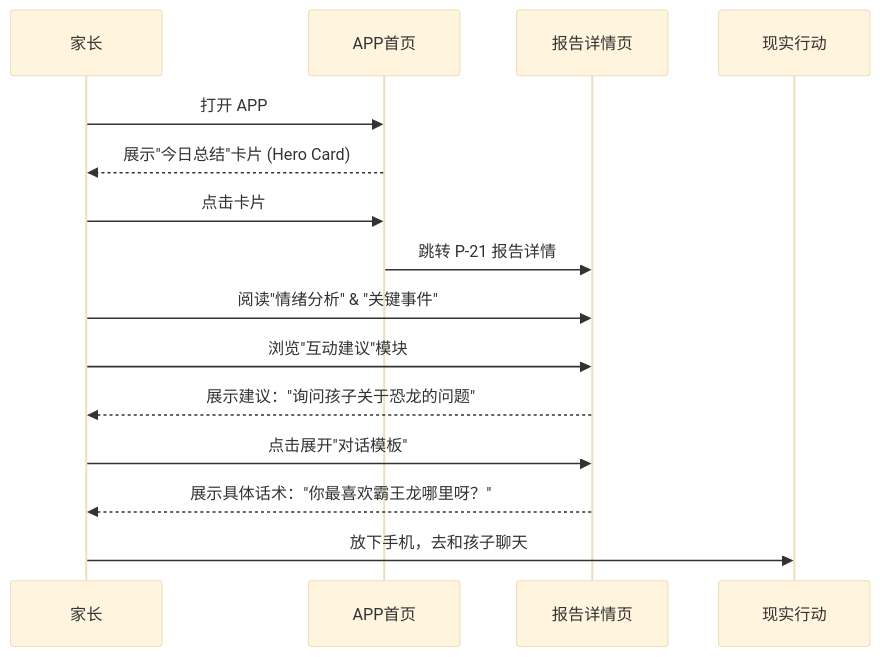
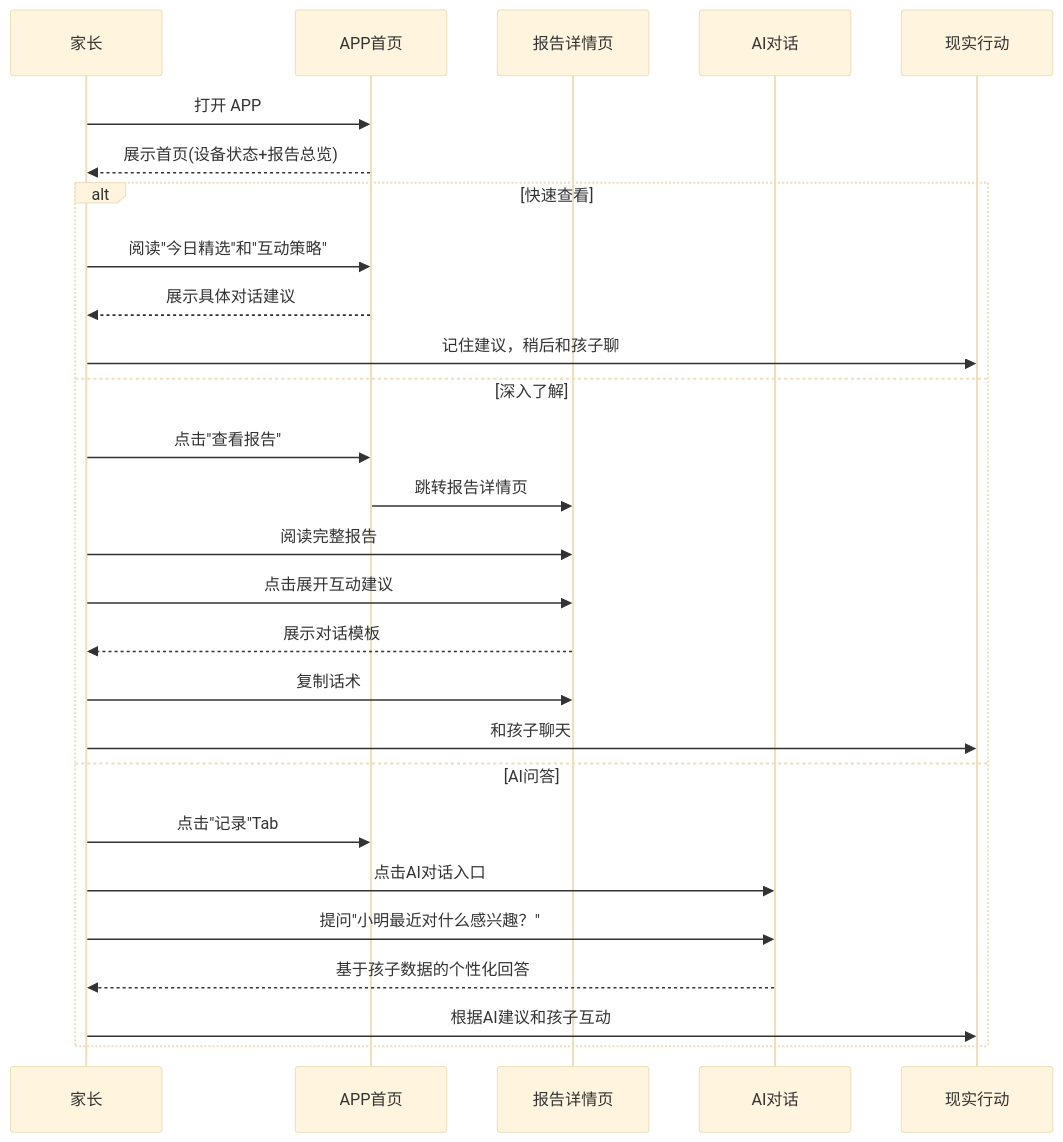
One commit to YZxyzz/Little-star changed the fifth of 6 diagrams in docs/07-app-design/03-information-architecture.md. Above: the diagram before and after it, drawn with Mermaid (base theme). The commit also changed other lines of this file and 37 other files, not shown here.

````diff
--- a/docs/07-app-design/03-information-architecture.md
+++ b/docs/07-app-design/03-information-architecture.md
@@ -193,18 +523,31 @@
 ```mermaid
 sequenceDiagram
     participant User as 家长
     participant App as APP首页
     participant Detail as 报告详情页
+    participant AI as AI对话
     participant Action as 现实行动
 
     User->>App: 打开 APP
-    App-->>User: 展示"今日总结"卡片 (Hero Card)
-    User->>App: 点击卡片
-    App->>Detail: 跳转 P-21 报告详情
-    User->>Detail: 阅读"情绪分析" & "关键事件"
-    User->>Detail: 浏览"互动建议"模块
-    Detail-->>User: 展示建议："询问孩子关于恐龙的问题"
-    User->>Detail: 点击展开"对话模板"
-    Detail-->>User: 展示具体话术："你最喜欢霸王龙哪里呀？"
-    User->>Action: 放下手机，去和孩子聊天
+    App-->>User: 展示首页(设备状态+报告总览)
+    
+    alt 快速查看
+        User->>App: 阅读"今日精选"和"互动策略"
+        App-->>User: 展示具体对话建议
+        User->>Action: 记住建议，稍后和孩子聊
+    else 深入了解
+        User->>App: 点击"查看报告"
+        App->>Detail: 跳转报告详情页
+        User->>Detail: 阅读完整报告
+        User->>Detail: 点击展开互动建议
+        Detail-->>User: 展示对话模板
+        User->>Detail: 复制话术
+        User->>Action: 和孩子聊天
+    else AI问答
+        User->>App: 点击"记录"Tab
+        User->>AI: 点击AI对话入口
+        User->>AI: 提问"小明最近对什么感兴趣？"
+        AI-->>User: 基于孩子数据的个性化回答
+        User->>Action: 根据AI建议和孩子互动
+    end
 ```
````
